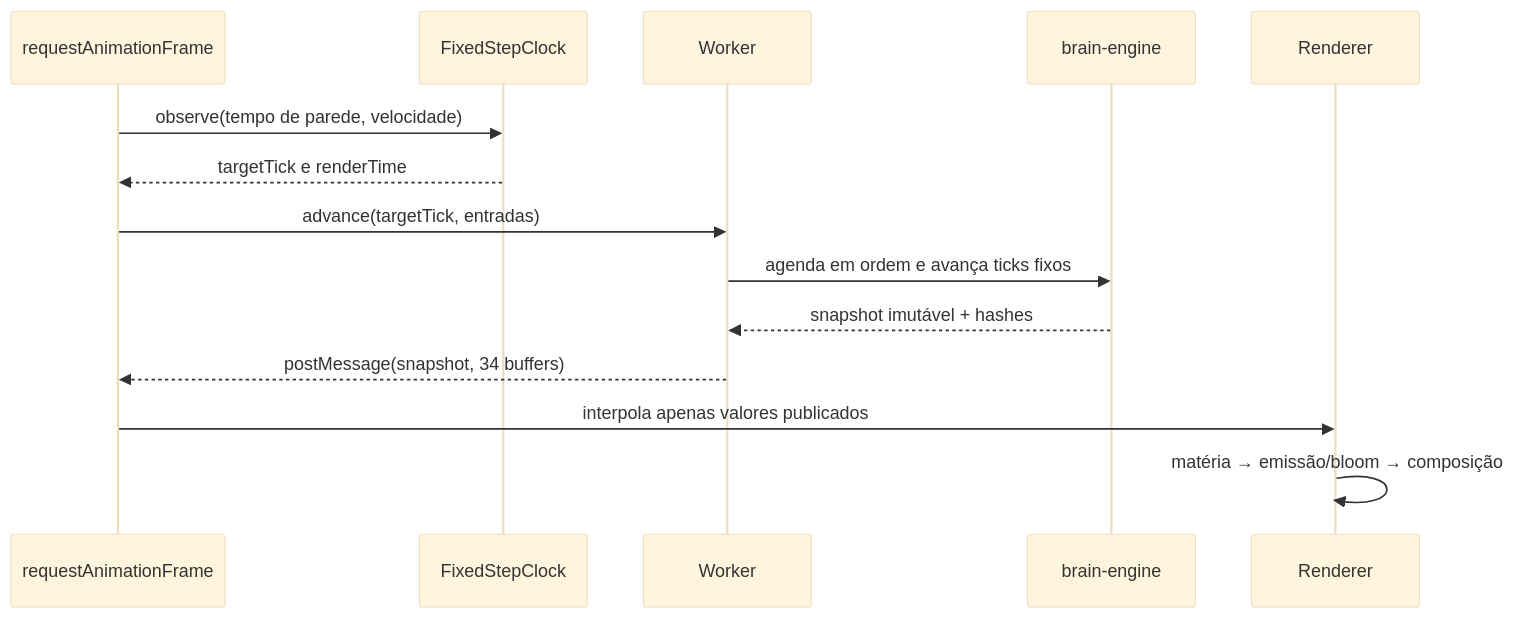
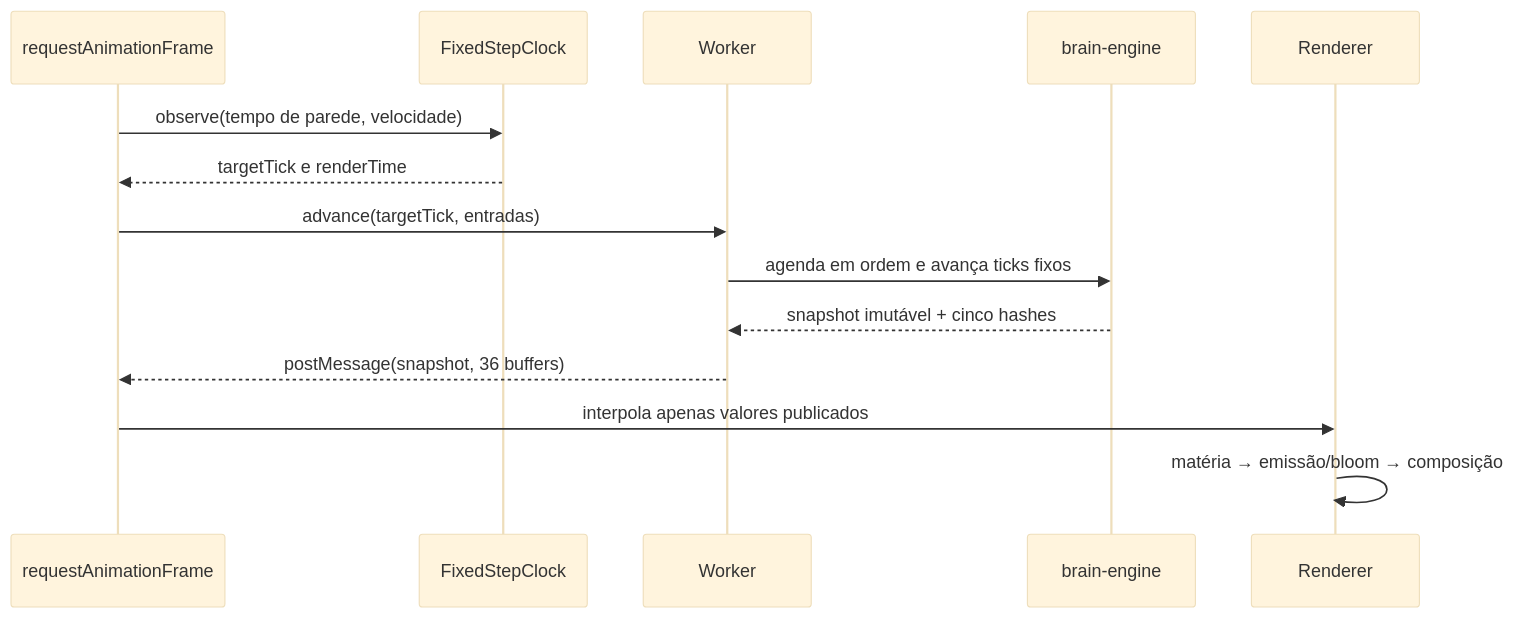
The fifth of 13 diagrams in ARCHITECTURE.md (blightghp/blightghp), drawn with Mermaid (base theme) before and after one commit. The commit also changed other lines of this file and 8 other files, not shown here.

````diff
--- a/ARCHITECTURE.md
+++ b/ARCHITECTURE.md
@@ -203,16 +206,16 @@
 ```mermaid
 sequenceDiagram
     participant RAF as requestAnimationFrame
     participant C as FixedStepClock
     participant W as Worker
     participant E as brain-engine
     participant R as Renderer
     RAF->>C: observe(tempo de parede, velocidade)
     C-->>RAF: targetTick e renderTime
     RAF->>W: advance(targetTick, entradas)
     W->>E: agenda em ordem e avança ticks fixos
-    E-->>W: snapshot imutável + hashes
-    W-->>RAF: postMessage(snapshot, 34 buffers)
+    E-->>W: snapshot imutável + cinco hashes
+    W-->>RAF: postMessage(snapshot, 36 buffers)
     RAF->>R: interpola apenas valores publicados
     R->>R: matéria → emissão/bloom → composição
 ```
````
